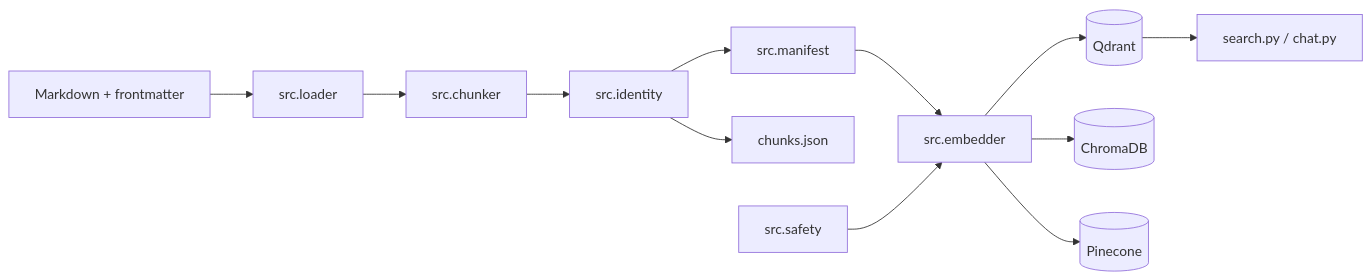
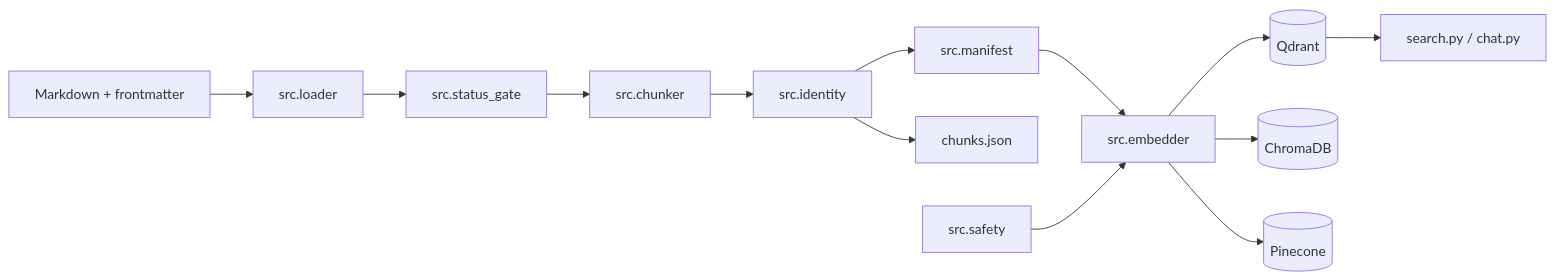
Before and after one commit to marciohernandez/rag-pipeline: the third of 3 diagrams in docs/architecture.md, drawn with Mermaid. The commit also changed other lines of this file and 24 other files, not shown here.

First line of the commit message:
feat: implement status blocking gate for document indexing

````diff
--- a/docs/architecture.md
+++ b/docs/architecture.md
@@ -26,14 +26,15 @@
 ```mermaid
 flowchart LR
   Markdown[Markdown + frontmatter] --> Loader[src.loader]
-  Loader --> Chunker[src.chunker]
+  Loader --> StatusGate[src.status_gate]
+  StatusGate --> Chunker[src.chunker]
   Chunker --> Identity[src.identity]
   Identity --> Manifest[src.manifest]
   Identity --> Exporter[chunks.json]
   Manifest --> Indexer[src.embedder]
   Safety[src.safety] --> Indexer
   Indexer --> Qdrant[(Qdrant)]
   Indexer --> Chroma[(ChromaDB)]
   Indexer --> Pinecone[(Pinecone)]
   Qdrant --> Search[search.py / chat.py]
 ```
````
